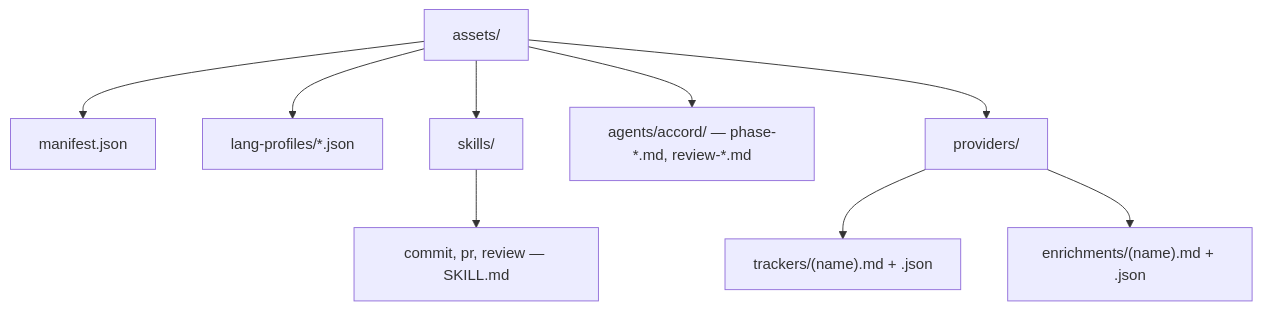
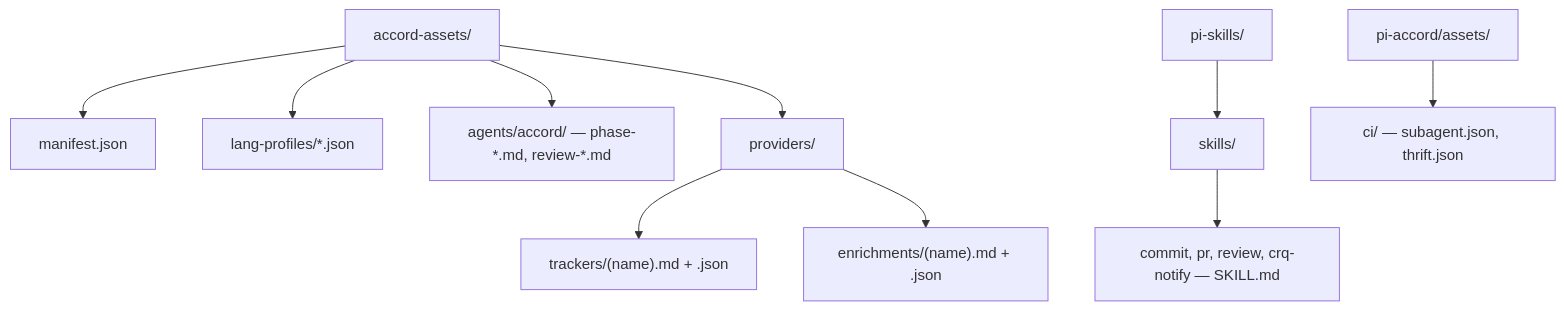
The diagram in docs/packaged-assets.md (cshirley/accord), drawn with Mermaid before and after one commit. The commit also changed other lines of this file and 755 other files, not shown here.

````diff
--- a/docs/packaged-assets.md
+++ b/docs/packaged-assets.md
@@ -5,11 +5,12 @@
 ```mermaid
 flowchart TB
-  A["assets/"] --> M["manifest.json"]
+  A["accord-assets/"] --> M["manifest.json"]
   A --> L["lang-profiles/*.json"]
-  A --> SK["skills/"]
-  SK --> SA["commit, pr, review — SKILL.md"]
   A --> AG["agents/accord/ — phase-*.md, review-*.md"]
   A --> PR["providers/"]
   PR --> TR["trackers/(name).md + .json"]
   PR --> EN["enrichments/(name).md + .json"]
+  S["pi-skills/"] --> SK["skills/"]
+  SK --> SA["commit, pr, review, crq-notify — SKILL.md"]
+  P["pi-accord/assets/"] --> CI["ci/ — subagent.json, thrift.json"]
 ```
````
